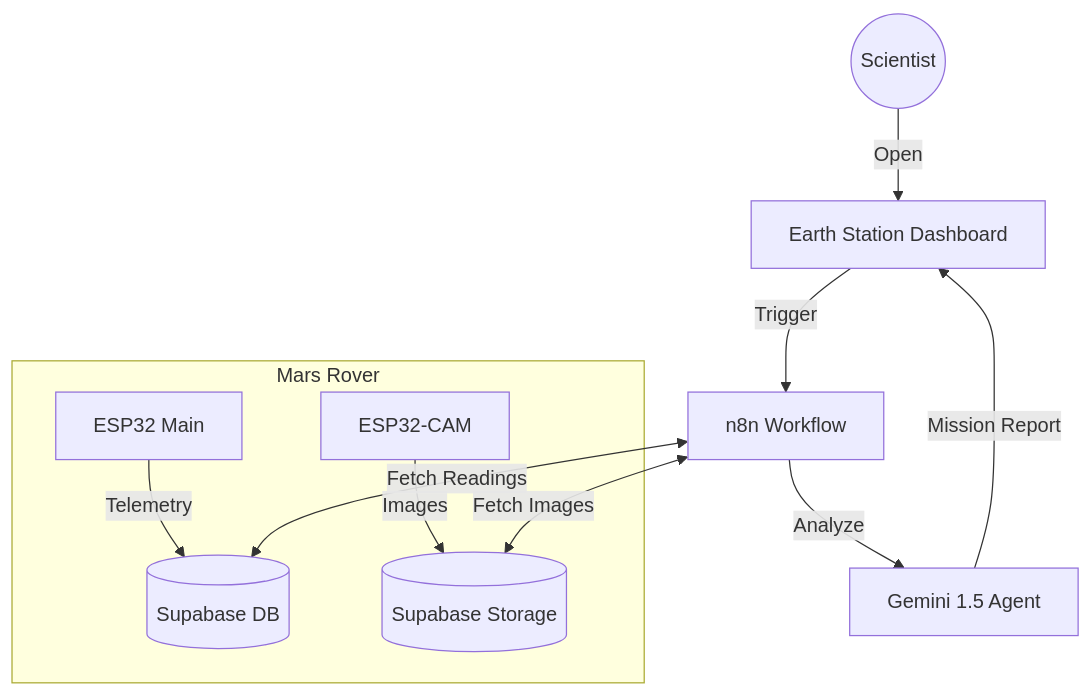
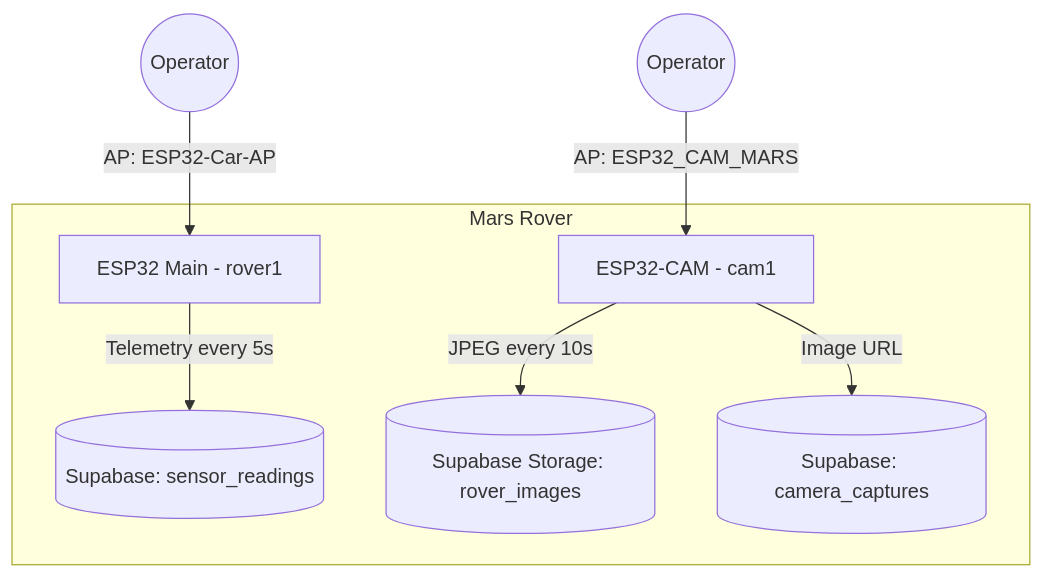
One commit to Hammad-Sheikhh/mars-rover changed the diagram in README.md. Above: the diagram before and after it, drawn with Mermaid. The commit also changed other lines of this file and 5 other files, not shown here.

First line of the commit message:
Remove n8n workflow and dashboard; update README to current status

````diff
--- a/README.md
+++ b/README.md
@@ -16,15 +14,11 @@
 ```mermaid
 graph TD
-    User((Scientist)) -->|Open| Dash[Earth Station Dashboard]
-    Dash -->|Trigger| n8n[n8n Workflow]
-    n8n -->|Analyze| AI[Gemini 1.5 Agent]
-    
     subgraph Mars Rover
-        ESP[ESP32 Main] -->|Telemetry| DB[(Supabase DB)]
-        CAM[ESP32-CAM] -->|Images| Stor[(Supabase Storage)]
+        ESP[ESP32 Main - rover1] -->|Telemetry every 5s| DB[(Supabase: sensor_readings)]
+        CAM[ESP32-CAM - cam1] -->|JPEG every 10s| Stor[(Supabase Storage: rover_images)]
+        CAM -->|Image URL| DB2[(Supabase: camera_captures)]
     end
-    
-    n8n <-->|Fetch Readings| DB
-    n8n <-->|Fetch Images| Stor
-    AI -->|Mission Report| Dash
+
+    Phone1((Operator)) -->|AP: ESP32-Car-AP| ESP
+    Phone2((Operator)) -->|AP: ESP32_CAM_MARS| CAM
 ```
````
